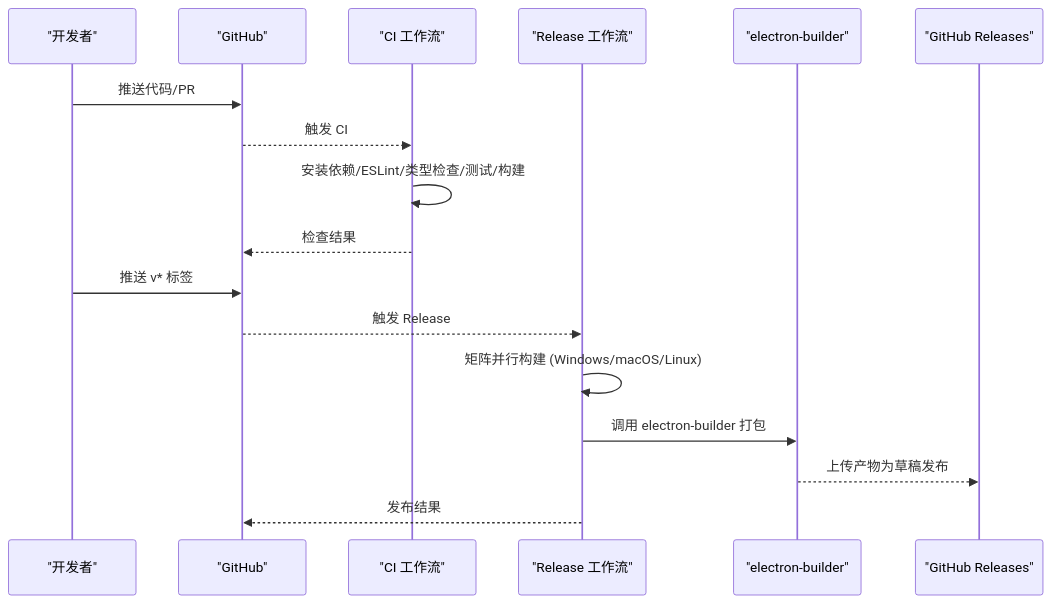
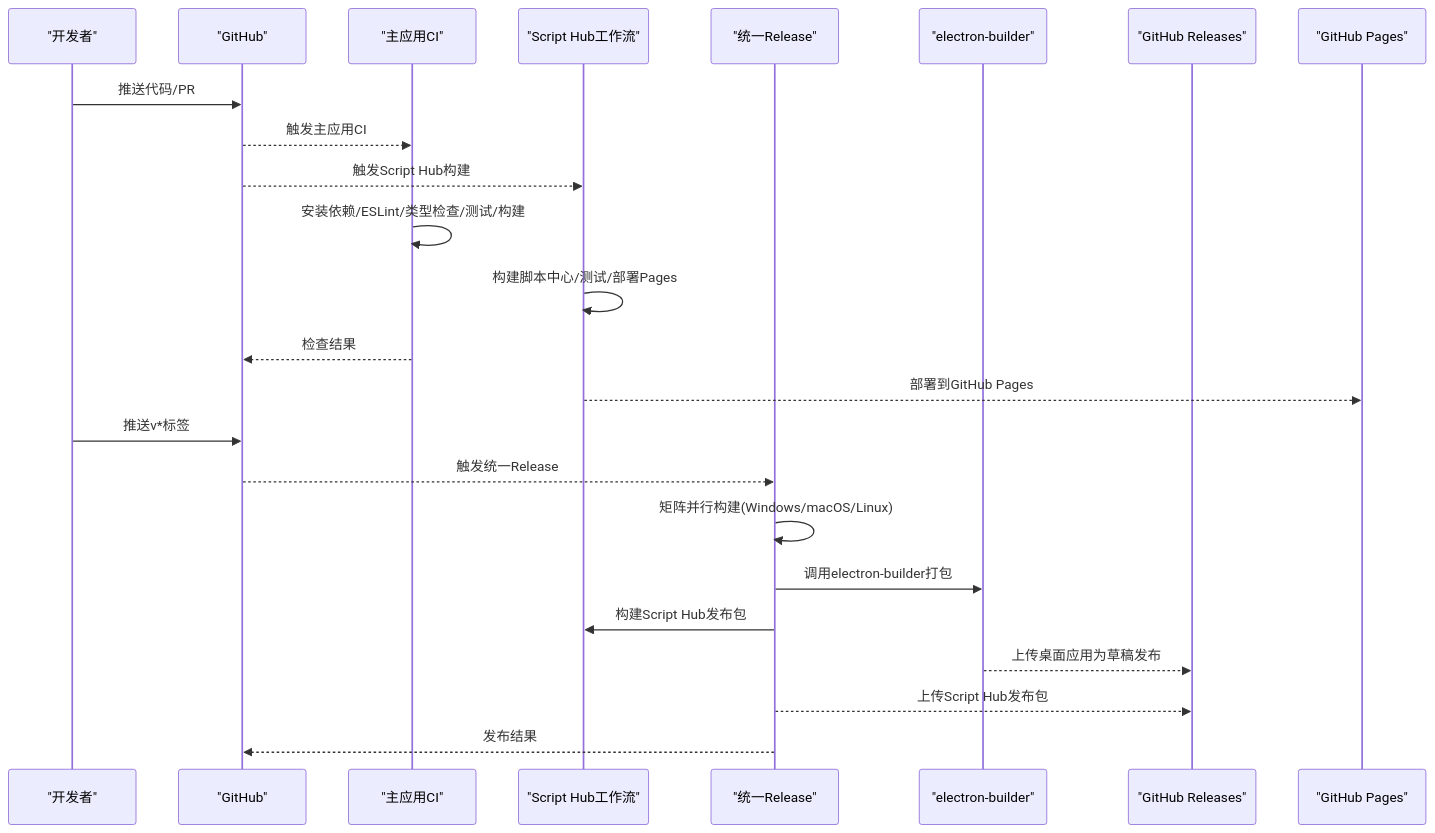
Before and after one commit to hozeeee/script-box: the second of 8 diagrams in .qoder/repowiki/zh/content/构建与部署/CI_CD 流水线.md, drawn with Mermaid. The commit also changed other lines of this file and 76 other files, not shown here.

````diff
--- a/.qoder/repowiki/zh/content/构建与部署/CI_CD 流水线.md
+++ b/.qoder/repowiki/zh/content/构建与部署/CI_CD 流水线.md
@@ -75,19 +97,26 @@
 ```mermaid
 sequenceDiagram
 participant Dev as "开发者"
 participant GH as "GitHub"
-participant CI as "CI 工作流"
-participant REL as "Release 工作流"
+participant CI as "主应用CI"
+participant SH as "Script Hub工作流"
+participant REL as "统一Release"
 participant EB as "electron-builder"
 participant GR as "GitHub Releases"
+participant GP as "GitHub Pages"
 Dev->>GH : 推送代码/PR
-GH-->>CI : 触发 CI
+GH-->>CI : 触发主应用CI
+GH-->>SH : 触发Script Hub构建
 CI->>CI : 安装依赖/ESLint/类型检查/测试/构建
+SH->>SH : 构建脚本中心/测试/部署Pages
 CI-->>GH : 检查结果
-Dev->>GH : 推送 v* 标签
-GH-->>REL : 触发 Release
-REL->>REL : 矩阵并行构建 (Windows/macOS/Linux)
-REL->>EB : 调用 electron-builder 打包
-EB-->>GR : 上传产物为草稿发布
+SH-->>GP : 部署到GitHub Pages
+Dev->>GH : 推送v*标签
+GH-->>REL : 触发统一Release
+REL->>REL : 矩阵并行构建(Windows/macOS/Linux)
+REL->>EB : 调用electron-builder打包
+REL->>SH : 构建Script Hub发布包
+EB-->>GR : 上传桌面应用为草稿发布
+REL-->>GR : 上传Script Hub发布包
 REL-->>GH : 发布结果
 ```
````
